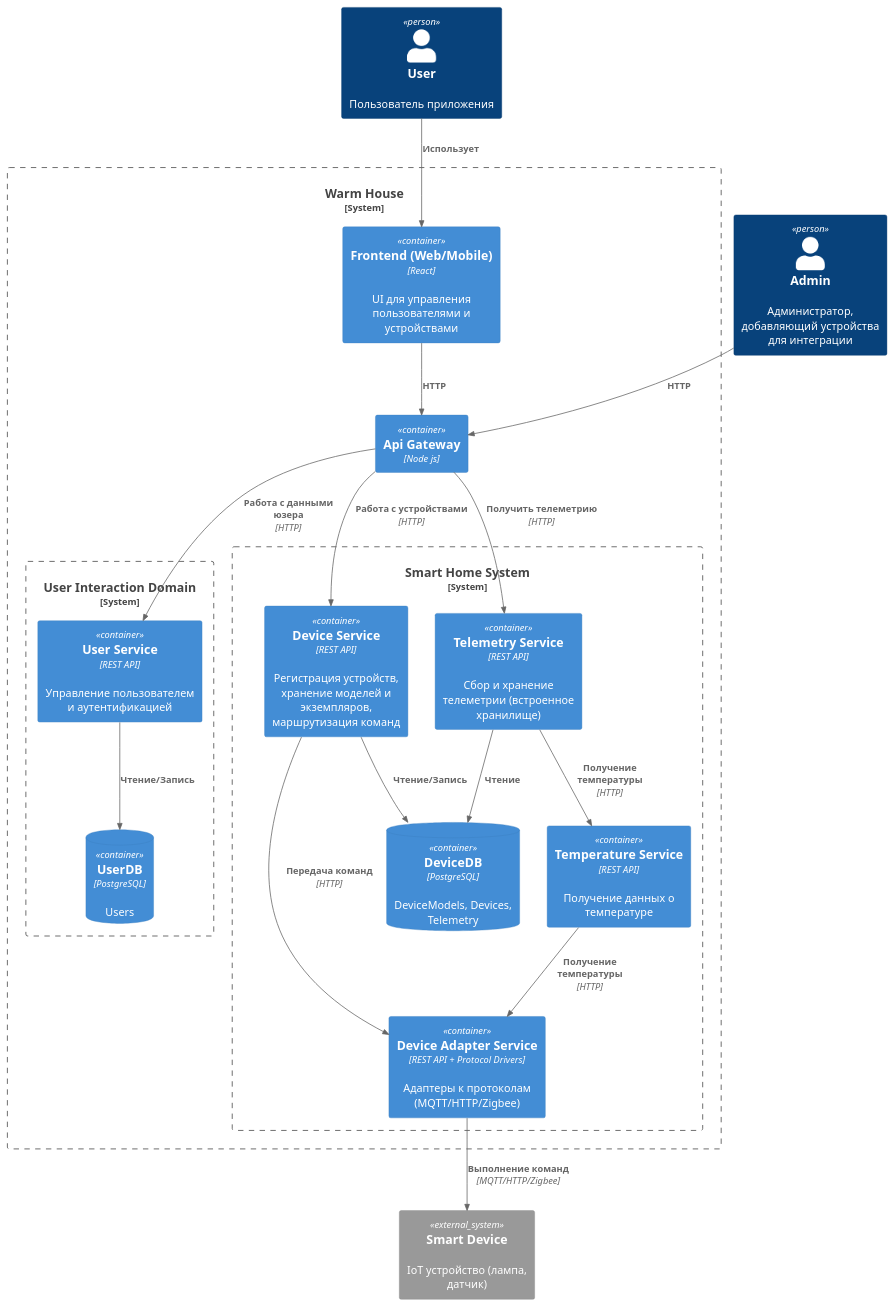
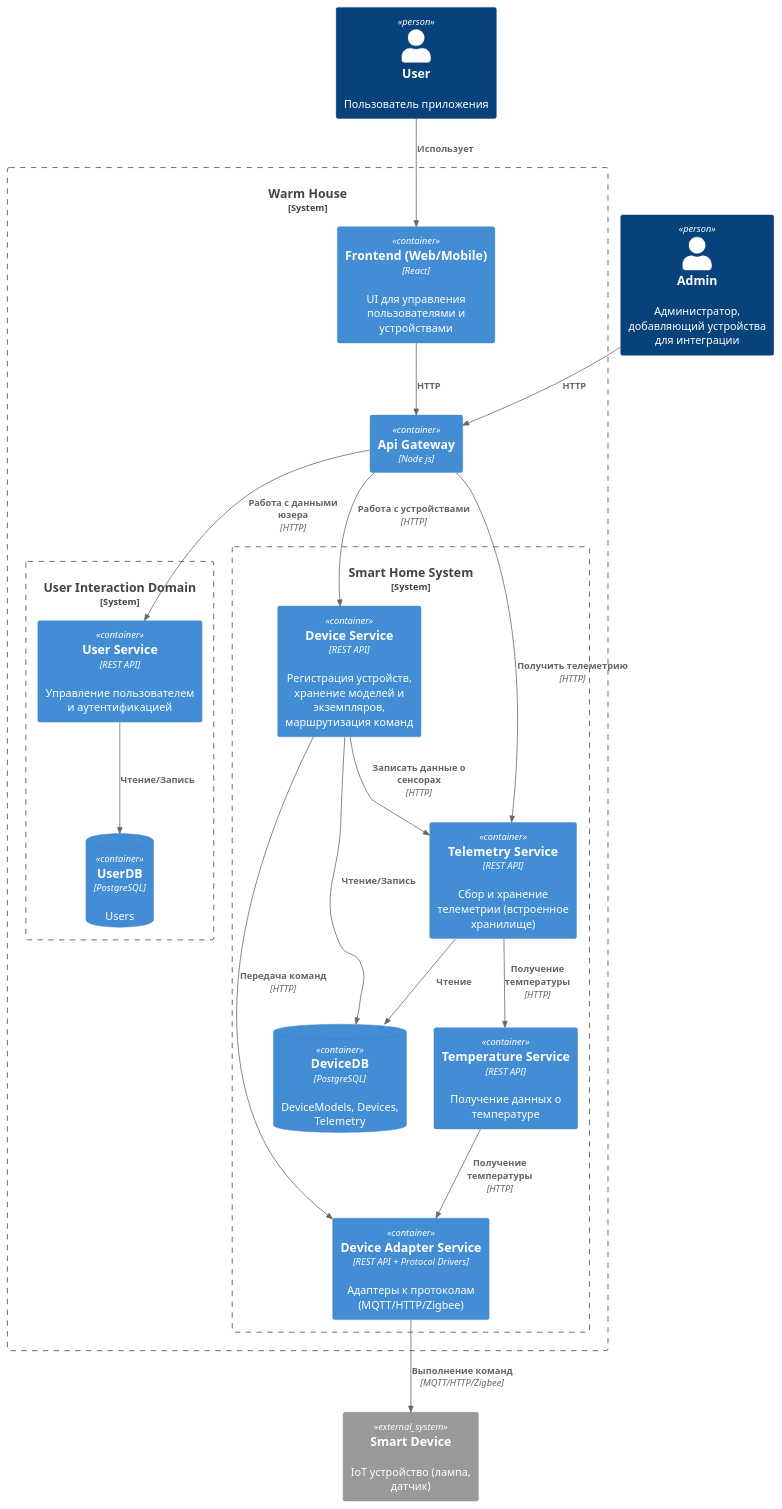
One commit to alexmented/architecture-pro-warmhouse changed the diagram in schemas/С2.puml. Above: the diagram before and after it, drawn with PlantUML. The commit also changed 5 other files, not shown here.

```diff
--- a/schemas/С2.puml
+++ b/schemas/С2.puml
@@ -1,55 +1,55 @@
 @startuml
 !include https://raw.githubusercontent.com/plantuml-stdlib/C4-PlantUML/master/C4_Container.puml
 
 Person(user, "User", "Пользователь приложения")
 Person(admin, "Admin", "Администратор, добавляющий устройства для интеграции")
 
 
 System_Boundary(app, "Warm House") {
     Container(appFrontend, "Frontend (Web/Mobile)", "React", "UI для управления пользователями и устройствами")
     Container(gateway, "Api Gateway", "Node js")
 
 System_Boundary(userBoundary, "User Interaction Domain") {
     Container(userService, "User Service", "REST API", "Управление пользователем и аутентификацией")
     ContainerDb(userDb, "UserDB", "PostgreSQL", "Users")
 
 }
 
 System_Boundary(smartHome, "Smart Home System") {
 
     Container(deviceService, "Device Service", "REST API", "Регистрация устройств, хранение моделей и экземпляров, маршрутизация команд")
     ContainerDb(deviceDb, "DeviceDB", "PostgreSQL", "DeviceModels, Devices, Telemetry")
 
     Container(adapterService, "Device Adapter Service", "REST API + Protocol Drivers", "Адаптеры к протоколам (MQTT/HTTP/Zigbee)")
 
 
     Container(telemetryService, "Telemetry Service", "REST API", "Сбор и хранение телеметрии (встроенное хранилище)")
     Container(temperatureService, "Temperature Service", "REST API", "Получение данных о температуре")
 
 }
 
 }
 
 
 
 System_Ext(device, "Smart Device", "IoT устройство (лампа, датчик)")
 
 Rel(user, appFrontend, "Использует")
 
 Rel(deviceService, deviceDb, "Чтение/Запись")
-
+Rel(deviceService, telemetryService, "Записать данные о сенсорах", "HTTP")
 Rel(deviceService, adapterService, "Передача команд", "HTTP")
 Rel(adapterService, device, "Выполнение команд", "MQTT/HTTP/Zigbee")
 Rel(temperatureService, adapterService, "Получение температуры", "HTTP")
 Rel(telemetryService, deviceDb, "Чтение")
 Rel(appFrontend, gateway, "HTTP")
 Rel(gateway, deviceService, "Работа с устройствами", "HTTP")
 Rel(gateway, telemetryService, "Получить телеметрию", "HTTP")
 Rel(gateway, userService, "Работа с данными юзера", "HTTP")
 
 Rel(userService, userDb, "Чтение/Запись")
 Rel(telemetryService, temperatureService, "Получение температуры", "HTTP")
 Rel(admin, gateway, "HTTP")
 
 
 @enduml
```
